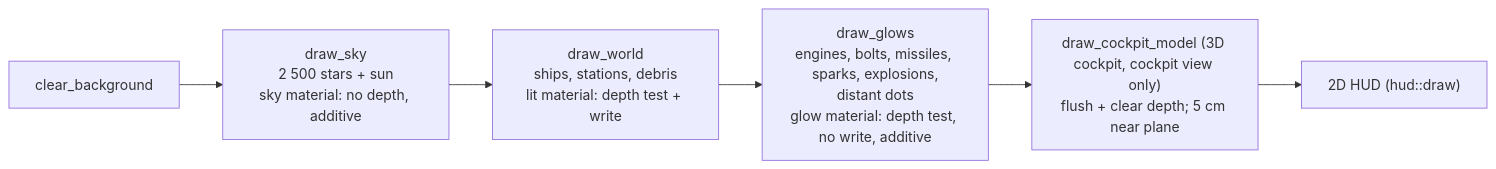
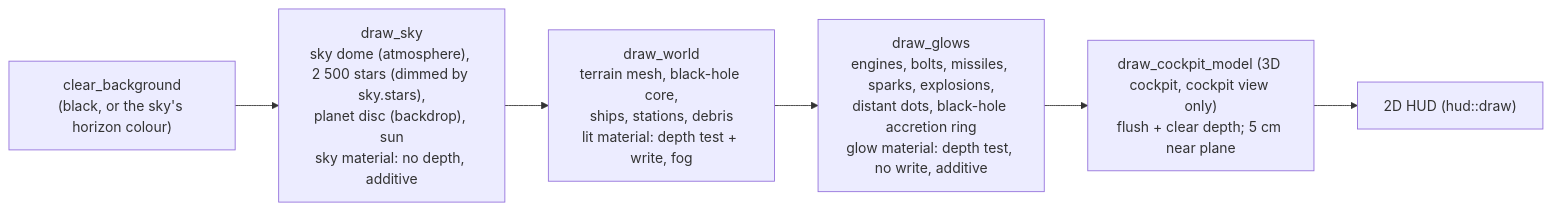
One commit to bbogovich/OpenInterceptor changed the first of 2 diagrams in docs/implementation/architecture/rendering.md. Above: the diagram before and after it, drawn with Mermaid. The commit also changed other lines of this file and 30 other files, not shown here.

First line of the commit message:
Spec 1.11.0, site 0.17.0: Stage 3.2-3.6 hazards, environments, atmospheric flight, terrain, atmosphere HUD, ground installations (app 0.5.1-0.6.1)

````diff
--- a/docs/implementation/architecture/rendering.md
+++ b/docs/implementation/architecture/rendering.md
@@ -12,8 +14,8 @@
 ```mermaid
 flowchart LR
-    CL["clear_background"] --> SKY["draw_sky<br/>2 500 stars + sun<br/>sky material: no depth, additive"]
-    SKY --> SOL["draw_world<br/>ships, stations, debris<br/>lit material: depth test + write"]
-    SOL --> GLO["draw_glows<br/>engines, bolts, missiles, sparks, explosions,<br/>distant dots<br/>glow material: depth test, no write, additive"]
+    CL["clear_background<br/>(black, or the sky's horizon colour)"] --> SKY["draw_sky<br/>sky dome (atmosphere), 2 500 stars (dimmed by sky.stars),<br/>planet disc (backdrop), sun<br/>sky material: no depth, additive"]
+    SKY --> SOL["draw_world<br/>terrain mesh, black-hole core,<br/>ships, stations, debris<br/>lit material: depth test + write, fog"]
+    SOL --> GLO["draw_glows<br/>engines, bolts, missiles, sparks, explosions,<br/>distant dots, black-hole accretion ring<br/>glow material: depth test, no write, additive"]
     GLO --> CP["draw_cockpit_model (3D cockpit, cockpit view only)<br/>flush + clear depth; 5 cm near plane"]
     CP --> HUD["2D HUD (hud::draw)"]
 ```
````
